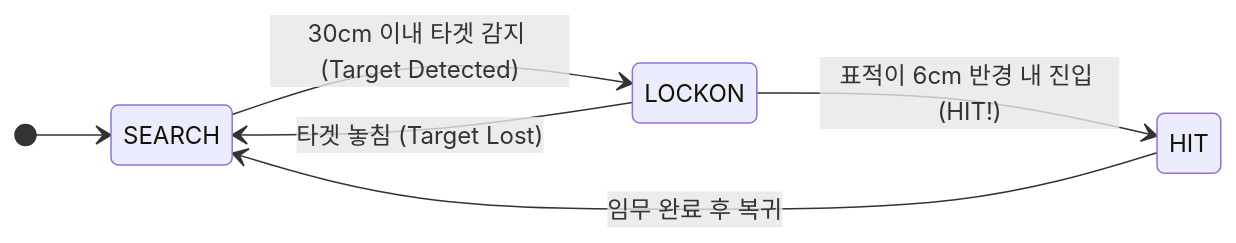
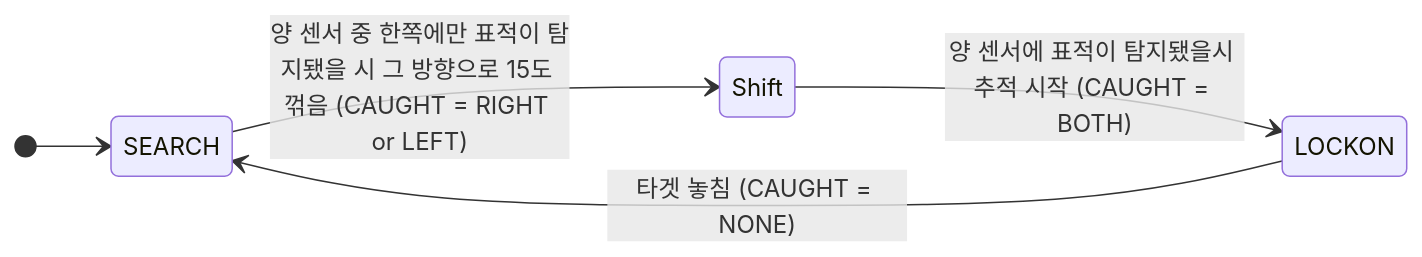
Before and after one commit to seu20/guidance_control_system: the diagram in README.md, drawn with Mermaid. The commit also changed other lines of this file and 16 other files, not shown here.

````diff
--- a/README.md
+++ b/README.md
@@ -24,12 +28,12 @@
  ```mermaid
 stateDiagram-v2
     direction LR
 
     [*] --> SEARCH
     
-    SEARCH --> LOCKON : 30cm 이내 타겟 감지 (Target Detected)
-    LOCKON --> HIT : 표적이 6cm 반경 내 진입 (HIT!)
+    SEARCH --> Shift : 양 센서 중 한쪽에만 표적이 탐지됐을 시 그 방향으로 15도 꺾음 (CAUGHT = RIGHT or LEFT)
     
-    HIT --> SEARCH : 임무 완료 후 복귀
-    LOCKON --> SEARCH : 타겟 놓침 (Target Lost)
+    Shift --> LOCKON : 양 센서에 표적이 탐지됐을시 추적 시작 (CAUGHT = BOTH)
+
+    LOCKON --> SEARCH : 타겟 놓침 (CAUGHT = NONE)
 ```
````
